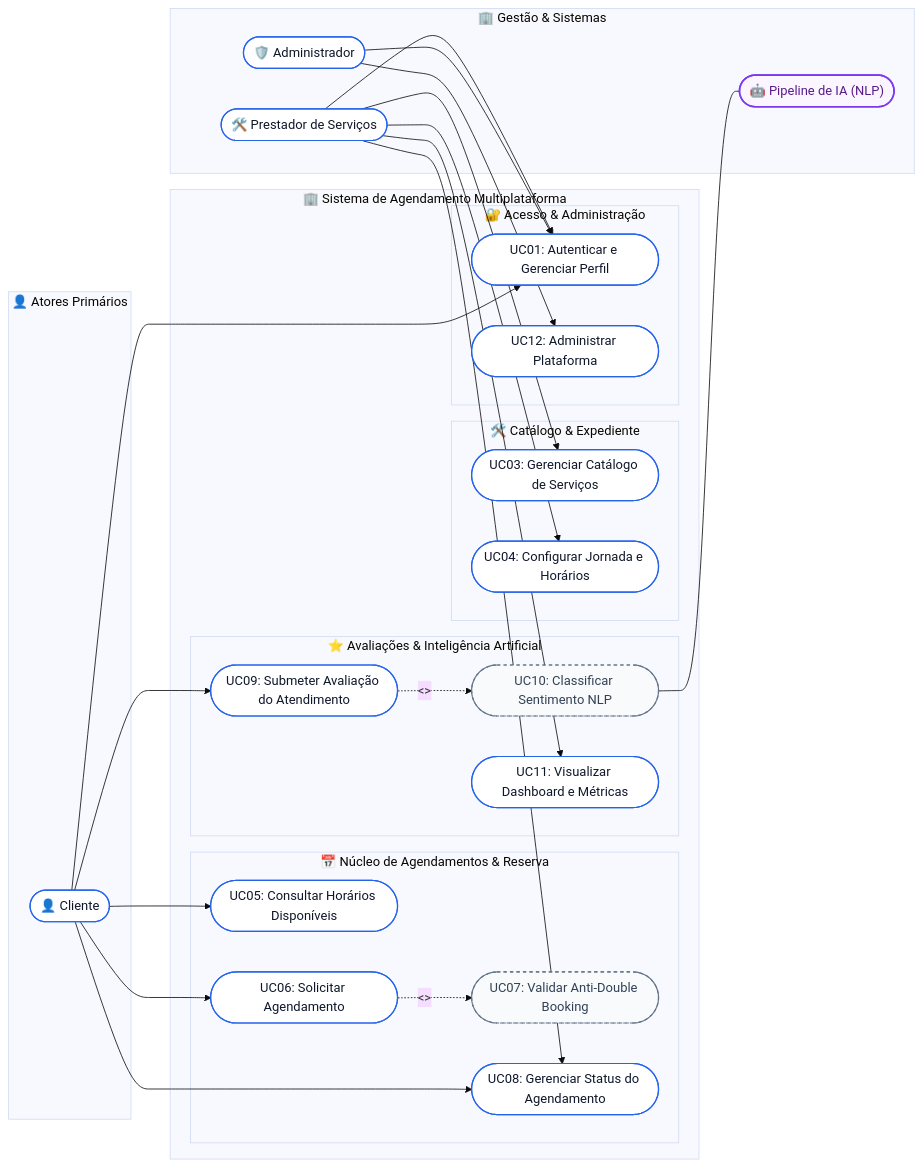
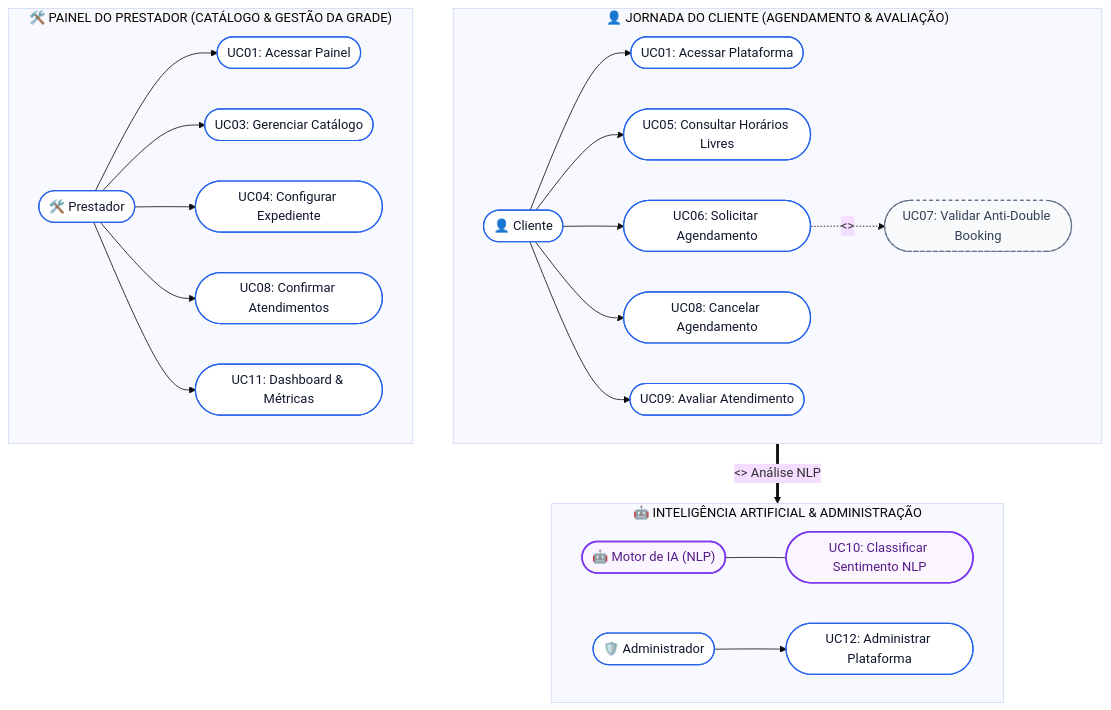
The first of 6 diagrams in docs/02_modelagem_arquitetura.md (FatecFranca/DSM-G08-PI6-2026-2), drawn with Mermaid (base theme) before and after one commit. The commit also changed other lines of this file, not shown here.

Commit message:
docs(architecture): simplificar visao geral de casos de uso com raias por ator sem cruzamento de linhas

````diff
--- a/docs/02_modelagem_arquitetura.md
+++ b/docs/02_modelagem_arquitetura.md
@@ -19,75 +21,64 @@
 ```mermaid
-flowchart LR
+flowchart TD
     %% ==========================================
-    %% ATORES PRIMÁRIOS (CLIENTES)
+    %% 1. JORNADA DO CLIENTE (FLUXO SUPERIOR)
     %% ==========================================
-    subgraph Atores_Clientes ["👤 Atores Primários"]
-        C(["👤 Cliente"])
+    subgraph Raia_Cliente ["👤 JORNADA DO CLIENTE (AGENDAMENTO & AVALIAÇÃO)"]
+        direction LR
+        Cliente(["👤 Cliente"])
+        UC01_C(["UC01: Acessar Plataforma"])
+        UC05(["UC05: Consultar Horários Livres"])
+        UC06(["UC06: Solicitar Agendamento"])
+        UC07(["UC07: Validar Anti-Double Booking"]):::dashed
+        UC08_C(["UC08: Cancelar Agendamento"])
+        UC09(["UC09: Avaliar Atendimento"])
+
+        Cliente --> UC01_C
+        Cliente --> UC05
+        Cliente --> UC06
+        Cliente --> UC08_C
+        Cliente --> UC09
+        UC06 -.->|"<<include>>"| UC07
     end
 
     %% ==========================================
-    %% FRONTEIRA DO SISTEMA
+    %% 2. PAINEL DO PRESTADOR (FLUXO CENTRAL)
     %% ==========================================
-    subgraph Sistema ["🏢 Sistema de Agendamento Multiplataforma"]
-        
-        subgraph Mod_Agendamento ["📅 Núcleo de Agendamentos & Reserva"]
-            UC05(["UC05: Consultar Horários Disponíveis"])
-            UC06(["UC06: Solicitar Agendamento"])
-            UC07(["UC07: Validar Anti-Double Booking"]):::inc
-            UC08(["UC08: Gerenciar Status do Agendamento"])
-        end
+    subgraph Raia_Prestador ["🛠️ PAINEL DO PRESTADOR (CATÁLOGO & GESTÃO DA GRADE)"]
+        direction LR
+        Prestador(["🛠️ Prestador"])
+        UC01_P(["UC01: Acessar Painel"])
+        UC03(["UC03: Gerenciar Catálogo"])
+        UC04(["UC04: Configurar Expediente"])
+        UC08_P(["UC08: Confirmar Atendimentos"])
+        UC11(["UC11: Dashboard & Métricas"])
 
-        subgraph Mod_Avaliacao ["⭐ Avaliações & Inteligência Artificial"]
-            UC09(["UC09: Submeter Avaliação do Atendimento"])
-            UC10(["UC10: Classificar Sentimento NLP"]):::inc
-            UC11(["UC11: Visualizar Dashboard e Métricas"])
-        end
-
-        subgraph Mod_Negocio ["🛠️ Catálogo & Expediente"]
-            UC03(["UC03: Gerenciar Catálogo de Serviços"])
-            UC04(["UC04: Configurar Jornada e Horários"])
-        end
-
-        subgraph Mod_Acesso ["🔐 Acesso & Administração"]
-            UC01(["UC01: Autenticar e Gerenciar Perfil"])
-            UC12(["UC12: Administrar Plataforma"])
-        end
+        Prestador --> UC01_P
+        Prestador --> UC03
+        Prestador --> UC04
+        Prestador --> UC08_P
+        Prestador --> UC11
     end
 
     %% ==========================================
-    %% ATORES SECUNDÁRIOS / GESTÃO E SISTEMAS
+    %% 3. INTELIGÊNCIA & ADMINISTRAÇÃO (FLUXO INFERIOR)
     %% ==========================================
-    subgraph Atores_Gestao ["🏢 Gestão & Sistemas"]
-        P(["🛠️ Prestador de Serviços"])
-        A(["🛡️ Administrador"])
-        IA(["🤖 Pipeline de IA (NLP)"]):::ai
+    subgraph Raia_Suporte ["🤖 INTELIGÊNCIA ARTIFICIAL & ADMINISTRAÇÃO"]
+        direction LR
+        IA(["🤖 Motor de IA (NLP)"]):::ai
+        UC10(["UC10: Classificar Sentimento NLP"]):::ai
+        IA --- UC10
+
+        Admin(["🛡️ Administrador"])
+        UC12(["UC12: Administrar Plataforma"])
+        Admin --> UC12
     end
 
-    %% Relações do Cliente
-    C --> UC01
-    C --> UC05
-    C --> UC06
-    C --> UC08
-    C --> UC09
+    %% Integração direta e limpa entre a avaliação e o módulo de IA
+    UC09 ==>|"<<trigger>> Análise NLP"| UC10
 
-    %% Dependências Internas (Include e Trigger)
-    UC06 -.->|"<<include>>"| UC07
-    UC09 -.->|"<<trigger>>"| UC10
-    UC10 --- IA
-
-    %% Relações do Prestador
-    P --> UC01
-    P --> UC03
-    P --> UC04
-    P --> UC08
-    P --> UC11
-
-    %% Relações do Administrador
-    A --> UC01
-    A --> UC12
-
-    %% Definições de Estilo
+    %% Estilos Visuais
     classDef default fill:#ffffff,stroke:#2563eb,stroke-width:1.5px,color:#0f172a;
-    classDef inc fill:#f8fafc,stroke:#64748b,stroke-width:1.5px,stroke-dasharray: 4 4,color:#334155;
+    classDef dashed fill:#f8fafc,stroke:#64748b,stroke-width:1.5px,stroke-dasharray: 4 4,color:#334155;
     classDef ai fill:#faf5ff,stroke:#7c3aed,stroke-width:2px,color:#581c87;
 ```
````
